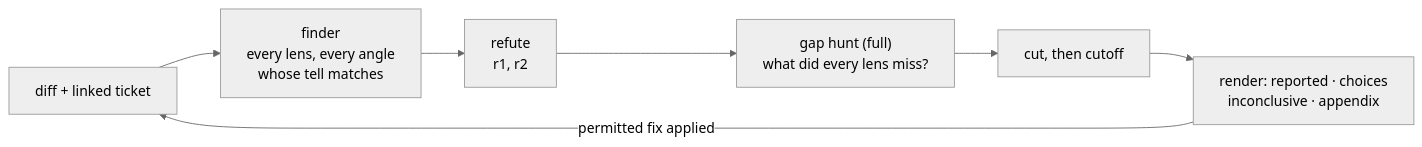
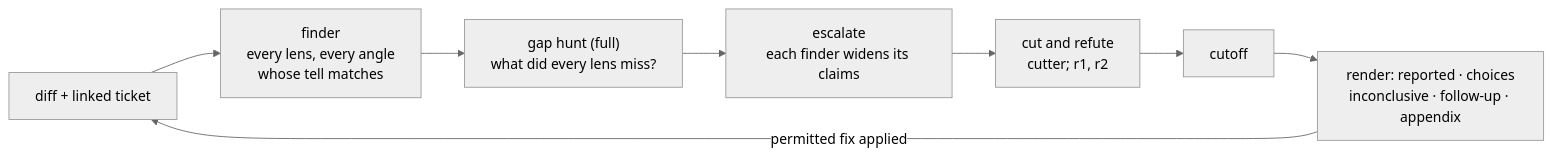
Before and after one commit to vancsj/bootgear: the diagram in plugins/review/README.md, drawn with Mermaid (neutral theme). The commit also changed other lines of this file and 7 other files, not shown here.

````diff
--- a/plugins/review/README.md
+++ b/plugins/review/README.md
@@ -17,9 +17,10 @@
 ```mermaid
 flowchart LR
     D["diff + linked ticket"] --> F["finder<br/>every lens, every angle<br/>whose tell matches"]
-    F --> R["refute<br/>r1, r2"]
-    R --> G["gap hunt (full)<br/>what did every lens miss?"]
-    G --> C["cut, then cutoff"]
-    C --> O["render: reported · choices<br/>inconclusive · appendix"]
+    F --> G["gap hunt (full)<br/>what did every lens miss?"]
+    G --> E["escalate<br/>each finder widens its claims"]
+    E --> C["cut and refute<br/>cutter; r1, r2"]
+    C --> X["cutoff"]
+    X --> O["render: reported · choices<br/>inconclusive · follow-up · appendix"]
     O -->|"permitted fix applied"| D
 ```
````
